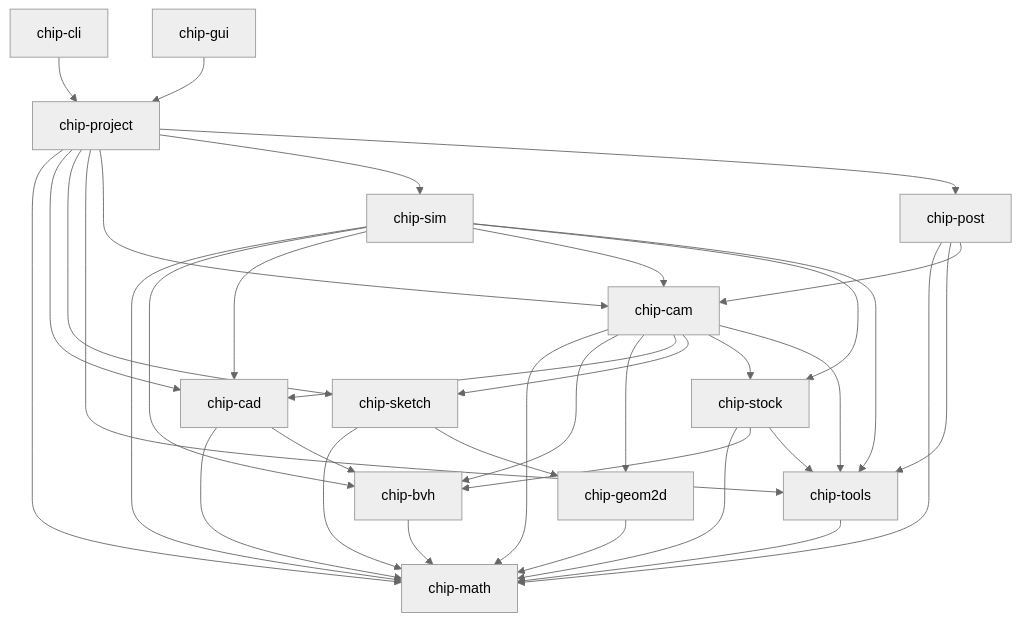
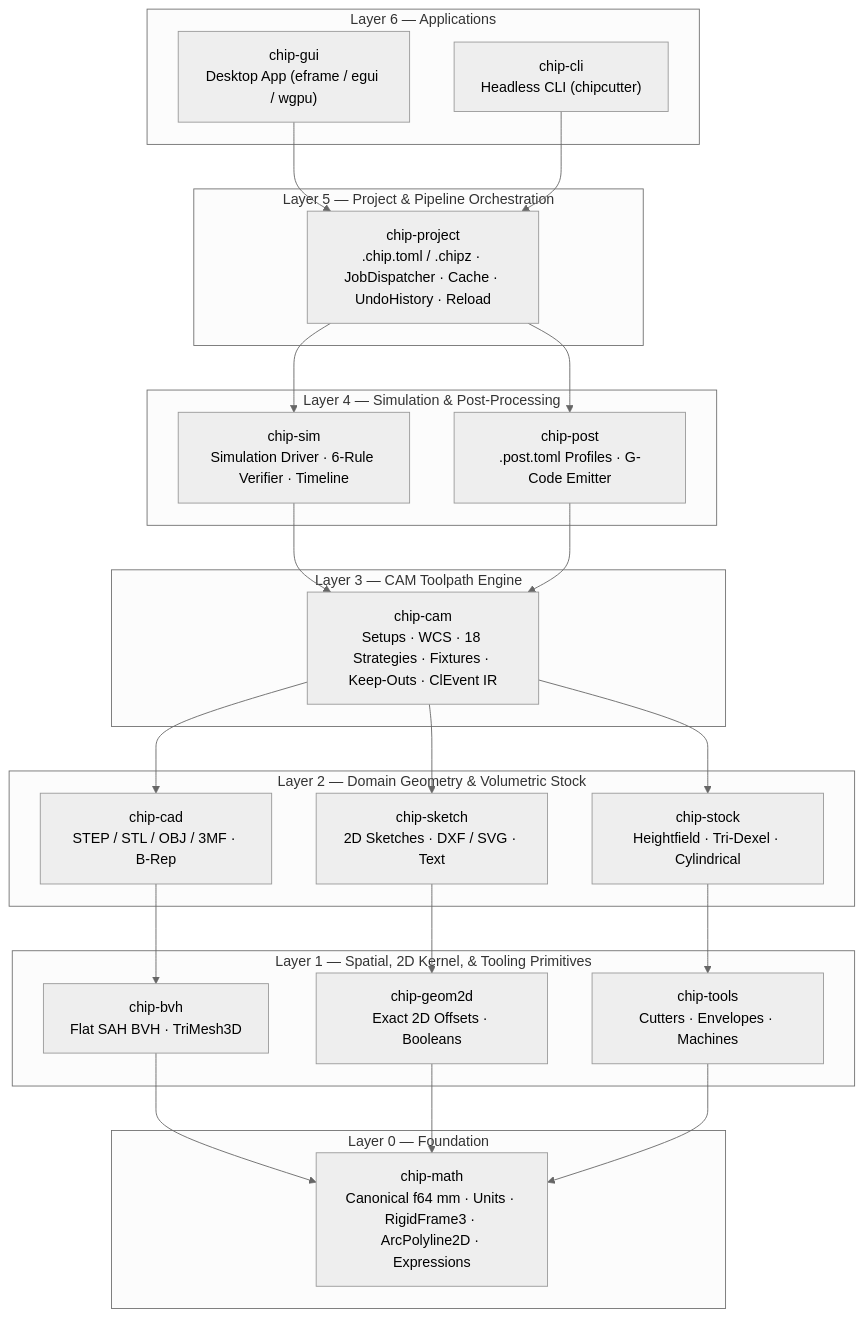
One commit to rk29/ChipCutter changed the first of 2 diagrams in specs/01-architecture.md. Above: the diagram before and after it, drawn with Mermaid (neutral theme). The commit also changed other lines of this file, not shown here.

Commit message:
docs: replace crate dependency graph with layered architecture diagram in specs/01-architecture.md

````diff
--- a/specs/01-architecture.md
+++ b/specs/01-architecture.md
@@ -51,60 +51,57 @@
 ```mermaid
-flowchart TD
-    MATH["chip-math"]
-    BVH["chip-bvh"]
-    GEOM2D["chip-geom2d"]
-    TOOLS["chip-tools"]
-    STOCK["chip-stock"]
-    CAD["chip-cad"]
-    SKETCH["chip-sketch"]
-    CAM["chip-cam"]
-    SIM["chip-sim"]
-    POST["chip-post"]
-    PROJECT["chip-project"]
-    CLI["chip-cli"]
-    GUI["chip-gui"]
+flowchart TB
+    subgraph L6["Layer 6 — Applications"]
+        GUI["chip-gui\nDesktop App (eframe / egui / wgpu)"]
+        CLI["chip-cli\nHeadless CLI (chipcutter)"]
+    end
+
+    subgraph L5["Layer 5 — Project & Pipeline Orchestration"]
+        PROJECT["chip-project\n.chip.toml / .chipz · JobDispatcher · Cache · UndoHistory · Reload"]
+    end
+
+    subgraph L4["Layer 4 — Simulation & Post-Processing"]
+        SIM["chip-sim\nSimulation Driver · 6-Rule Verifier · Timeline"]
+        POST["chip-post\n.post.toml Profiles · G-Code Emitter"]
+    end
+
+    subgraph L3["Layer 3 — CAM Toolpath Engine"]
+        CAM["chip-cam\nSetups · WCS · 18 Strategies · Fixtures · Keep-Outs · ClEvent IR"]
+    end
+
+    subgraph L2["Layer 2 — Domain Geometry & Volumetric Stock"]
+        CAD["chip-cad\nSTEP / STL / OBJ / 3MF · B-Rep"]
+        SKETCH["chip-sketch\n2D Sketches · DXF / SVG · Text"]
+        STOCK["chip-stock\nHeightfield · Tri-Dexel · Cylindrical"]
+    end
+
+    subgraph L1["Layer 1 — Spatial, 2D Kernel, & Tooling Primitives"]
+        BVH["chip-bvh\nFlat SAH BVH · TriMesh3D"]
+        GEOM2D["chip-geom2d\nExact 2D Offsets · Booleans"]
+        TOOLS["chip-tools\nCutters · Envelopes · Machines"]
+    end
+
+    subgraph L0["Layer 0 — Foundation"]
+        MATH["chip-math\nCanonical f64 mm · Units · RigidFrame3 · ArcPolyline2D · Expressions"]
+    end
+
+    GUI --> PROJECT
+    CLI --> PROJECT
+
+    PROJECT --> SIM
+    PROJECT --> POST
+
+    SIM --> CAM
+    POST --> CAM
+
+    CAM --> CAD
+    CAM --> SKETCH
+    CAM --> STOCK
+
+    CAD --> BVH
+    SKETCH --> GEOM2D
+    STOCK --> TOOLS
 
     BVH --> MATH
     GEOM2D --> MATH
     TOOLS --> MATH
-
-    STOCK --> MATH
-    STOCK --> BVH
-    STOCK --> TOOLS
-
-    CAD --> MATH
-    CAD --> BVH
-
-    SKETCH --> MATH
-    SKETCH --> GEOM2D
-
-    CAM --> MATH
-    CAM --> BVH
-    CAM --> GEOM2D
-    CAM --> CAD
-    CAM --> SKETCH
-    CAM --> STOCK
-    CAM --> TOOLS
-
-    SIM --> MATH
-    SIM --> BVH
-    SIM --> CAD
-    SIM --> CAM
-    SIM --> STOCK
-    SIM --> TOOLS
-
-    POST --> MATH
-    POST --> TOOLS
-    POST --> CAM
-
-    PROJECT --> MATH
-    PROJECT --> CAD
-    PROJECT --> SKETCH
-    PROJECT --> TOOLS
-    PROJECT --> CAM
-    PROJECT --> SIM
-    PROJECT --> POST
-
-    CLI --> PROJECT
-    GUI --> PROJECT
 ```
````
